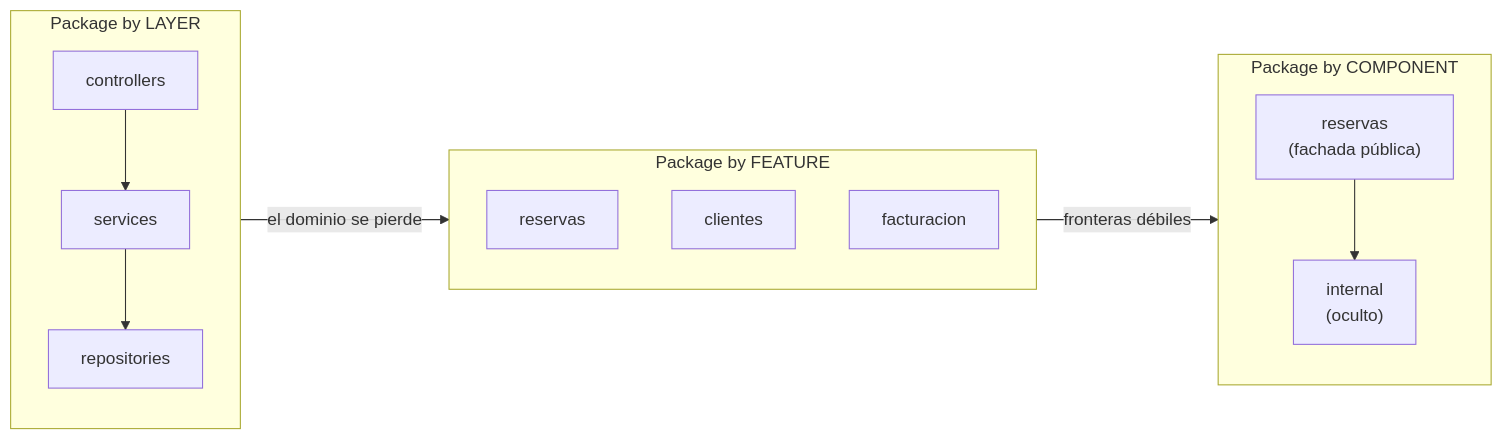
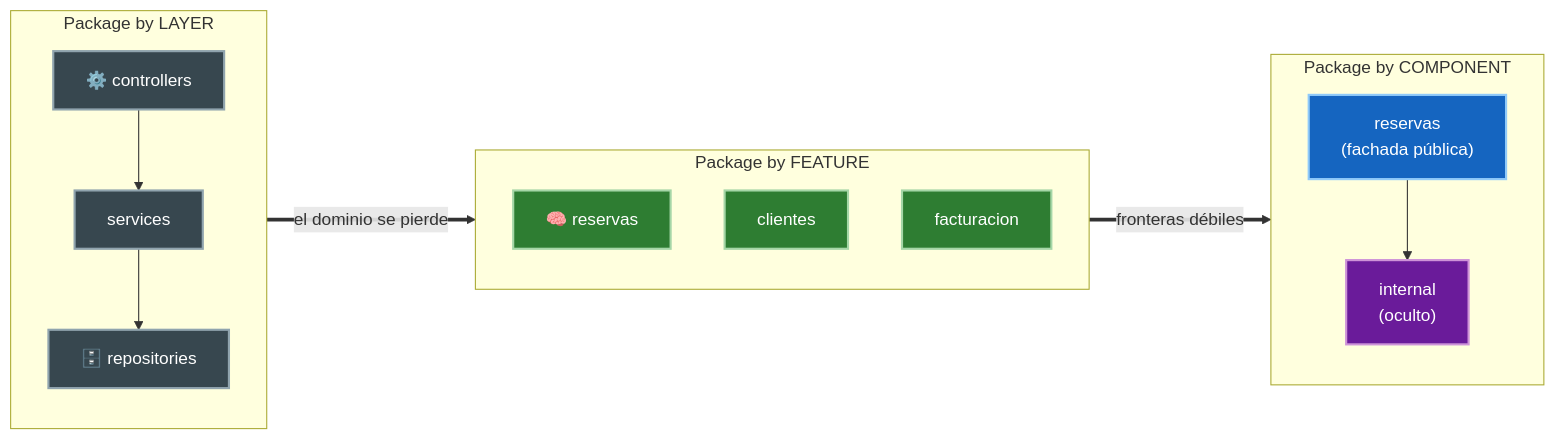
The diagram in 12-organizacion-del-codigo/02-estrategias-de-empaquetado.md (JavierMachucaA/clean-architecture-guia), drawn with Mermaid before and after one commit. The commit also changed 45 other files, not shown here.

````diff
--- a/12-organizacion-del-codigo/02-estrategias-de-empaquetado.md
+++ b/12-organizacion-del-codigo/02-estrategias-de-empaquetado.md
@@ -71,19 +71,27 @@
 ```mermaid
 flowchart LR
     subgraph Layer["Package by LAYER"]
         direction TB
-        C1[controllers] --> S1[services] --> R1[repositories]
+        C1["⚙️ controllers"] --> S1[services] --> R1["🗄️ repositories"]
     end
     subgraph Feature["Package by FEATURE"]
         direction TB
-        F1[reservas] 
+        F1["🧠 reservas"]
         F2[clientes]
         F3[facturacion]
     end
     subgraph Component["Package by COMPONENT"]
         direction TB
         K1["reservas<br/>(fachada pública)"] --> KI1["internal<br/>(oculto)"]
     end
-    Layer -->|el dominio se pierde| Feature
-    Feature -->|fronteras débiles| Component
+    Layer ==>|el dominio se pierde| Feature
+    Feature ==>|fronteras débiles| Component
+    style C1 fill:#37474f,stroke:#90a4ae,color:#fff,stroke-width:2px
+    style S1 fill:#37474f,stroke:#90a4ae,color:#fff,stroke-width:2px
+    style R1 fill:#37474f,stroke:#90a4ae,color:#fff,stroke-width:2px
+    style F1 fill:#2e7d32,stroke:#a5d6a7,color:#fff,stroke-width:2px
+    style F2 fill:#2e7d32,stroke:#a5d6a7,color:#fff,stroke-width:2px
+    style F3 fill:#2e7d32,stroke:#a5d6a7,color:#fff,stroke-width:2px
+    style K1 fill:#1565c0,stroke:#90caf9,color:#fff,stroke-width:2px
+    style KI1 fill:#6a1b9a,stroke:#ce93d8,color:#fff,stroke-width:2px
 ```
````
